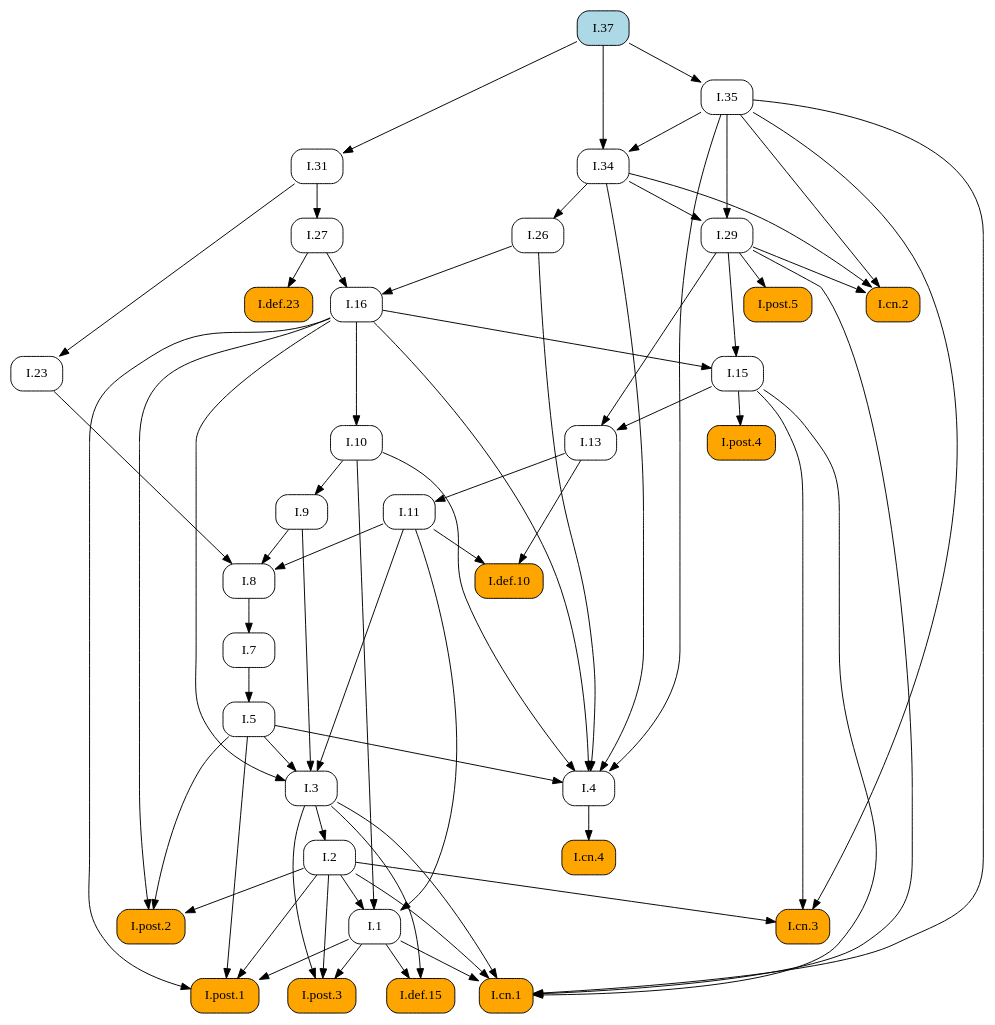
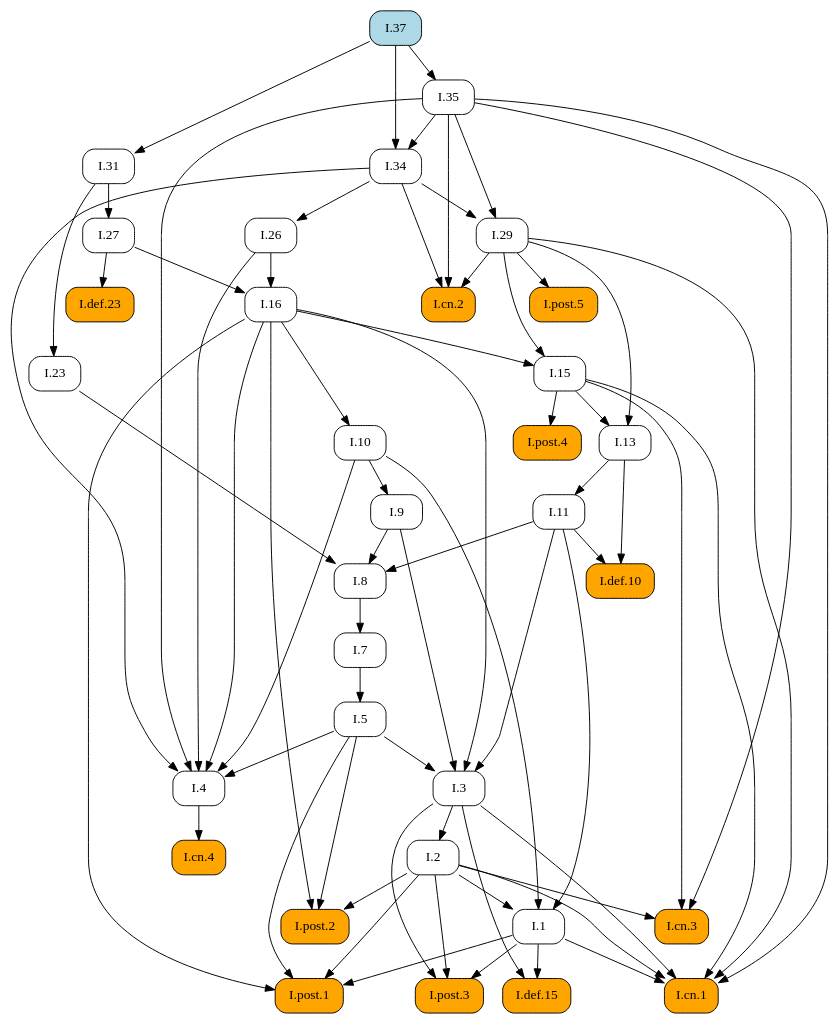
One commit to geometor/elements changed the diagram in docsrc/heath/I/37/index.rst. Above: the diagram before and after it, drawn with Graphviz. The commit also changed other lines of this file and 1029 other files, not shown here.

```diff
--- a/docsrc/heath/I/37/index.rst
+++ b/docsrc/heath/I/37/index.rst
@@ -61,104 +61,104 @@
    digraph {
      rankdir="TB";
      node [shape=box, style=rounded];
+     "I.def.10" [style="rounded,filled", fillcolor=orange, URL="/heath/I/def.10/", target="_top"];
+     "I.11" [URL="/heath/I/11/", target="_top"];
+     "I.post.4" [style="rounded,filled", fillcolor=orange, URL="/heath/I/post.4/", target="_top"];
+     "I.1" [URL="/heath/I/1/", target="_top"];
+     "I.26" [URL="/heath/I/26/", target="_top"];
+     "I.29" [URL="/heath/I/29/", target="_top"];
+     "I.cn.2" [style="rounded,filled", fillcolor=orange, URL="/heath/I/cn.2/", target="_top"];
+     "I.def.15" [style="rounded,filled", fillcolor=orange, URL="/heath/I/def.15/", target="_top"];
+     "I.post.3" [style="rounded,filled", fillcolor=orange, URL="/heath/I/post.3/", target="_top"];
+     "I.cn.1" [style="rounded,filled", fillcolor=orange, URL="/heath/I/cn.1/", target="_top"];
      "I.cn.3" [style="rounded,filled", fillcolor=orange, URL="/heath/I/cn.3/", target="_top"];
-     "I.29" [URL="/heath/I/29/", target="_top"];
+     "I.23" [URL="/heath/I/23/", target="_top"];
+     "I.post.1" [style="rounded,filled", fillcolor=orange, URL="/heath/I/post.1/", target="_top"];
+     "I.35" [URL="/heath/I/35/", target="_top"];
+     "I.27" [URL="/heath/I/27/", target="_top"];
      "I.7" [URL="/heath/I/7/", target="_top"];
-     "I.27" [URL="/heath/I/27/", target="_top"];
+     "I.34" [URL="/heath/I/34/", target="_top"];
+     "I.3" [URL="/heath/I/3/", target="_top"];
+     "I.37" [style="rounded,filled", fillcolor=lightblue, URL="/heath/I/37/", target="_top"];
+     "I.2" [URL="/heath/I/2/", target="_top"];
+     "I.4" [URL="/heath/I/4/", target="_top"];
      "I.def.23" [style="rounded,filled", fillcolor=orange, URL="/heath/I/def.23/", target="_top"];
-     "I.34" [URL="/heath/I/34/", target="_top"];
+     "I.13" [URL="/heath/I/13/", target="_top"];
+     "I.31" [URL="/heath/I/31/", target="_top"];
+     "I.post.2" [style="rounded,filled", fillcolor=orange, URL="/heath/I/post.2/", target="_top"];
+     "I.16" [URL="/heath/I/16/", target="_top"];
+     "I.9" [URL="/heath/I/9/", target="_top"];
      "I.8" [URL="/heath/I/8/", target="_top"];
-     "I.9" [URL="/heath/I/9/", target="_top"];
-     "I.post.4" [style="rounded,filled", fillcolor=orange, URL="/heath/I/post.4/", target="_top"];
-     "I.2" [URL="/heath/I/2/", target="_top"];
-     "I.def.15" [style="rounded,filled", fillcolor=orange, URL="/heath/I/def.15/", target="_top"];
-     "I.1" [URL="/heath/I/1/", target="_top"];
-     "I.post.1" [style="rounded,filled", fillcolor=orange, URL="/heath/I/post.1/", target="_top"];
      "I.cn.4" [style="rounded,filled", fillcolor=orange, URL="/heath/I/cn.4/", target="_top"];
-     "I.26" [URL="/heath/I/26/", target="_top"];
-     "I.23" [URL="/heath/I/23/", target="_top"];
-     "I.13" [URL="/heath/I/13/", target="_top"];
-     "I.cn.2" [style="rounded,filled", fillcolor=orange, URL="/heath/I/cn.2/", target="_top"];
+     "I.15" [URL="/heath/I/15/", target="_top"];
+     "I.post.5" [style="rounded,filled", fillcolor=orange, URL="/heath/I/post.5/", target="_top"];
+     "I.10" [URL="/heath/I/10/", target="_top"];
      "I.5" [URL="/heath/I/5/", target="_top"];
-     "I.11" [URL="/heath/I/11/", target="_top"];
-     "I.10" [URL="/heath/I/10/", target="_top"];
-     "I.4" [URL="/heath/I/4/", target="_top"];
-     "I.3" [URL="/heath/I/3/", target="_top"];
-     "I.16" [URL="/heath/I/16/", target="_top"];
-     "I.31" [URL="/heath/I/31/", target="_top"];
-     "I.def.10" [style="rounded,filled", fillcolor=orange, URL="/heath/I/def.10/", target="_top"];
-     "I.post.2" [style="rounded,filled", fillcolor=orange, URL="/heath/I/post.2/", target="_top"];
-     "I.post.3" [style="rounded,filled", fillcolor=orange, URL="/heath/I/post.3/", target="_top"];
-     "I.post.5" [style="rounded,filled", fillcolor=orange, URL="/heath/I/post.5/", target="_top"];
-     "I.35" [URL="/heath/I/35/", target="_top"];
-     "I.15" [URL="/heath/I/15/", target="_top"];
-     "I.cn.1" [style="rounded,filled", fillcolor=orange, URL="/heath/I/cn.1/", target="_top"];
-     "I.37" [style="rounded,filled", fillcolor=lightblue, URL="/heath/I/37/", target="_top"];
+     "I.11" -> "I.def.10";
+     "I.13" -> "I.def.10";
+     "I.13" -> "I.11";
+     "I.15" -> "I.post.4";
+     "I.2" -> "I.1";
+     "I.10" -> "I.1";
+     "I.11" -> "I.1";
+     "I.34" -> "I.26";
+     "I.34" -> "I.29";
+     "I.35" -> "I.29";
+     "I.29" -> "I.cn.2";
+     "I.34" -> "I.cn.2";
+     "I.35" -> "I.cn.2";
+     "I.1" -> "I.def.15";
+     "I.3" -> "I.def.15";
+     "I.1" -> "I.post.3";
+     "I.2" -> "I.post.3";
+     "I.3" -> "I.post.3";
+     "I.1" -> "I.cn.1";
+     "I.2" -> "I.cn.1";
+     "I.3" -> "I.cn.1";
+     "I.15" -> "I.cn.1";
+     "I.29" -> "I.cn.1";
+     "I.35" -> "I.cn.1";
      "I.2" -> "I.cn.3";
      "I.15" -> "I.cn.3";
      "I.35" -> "I.cn.3";
-     "I.34" -> "I.29";
-     "I.35" -> "I.29";
-     "I.8" -> "I.7";
-     "I.31" -> "I.27";
-     "I.27" -> "I.def.23";
-     "I.35" -> "I.34";
-     "I.37" -> "I.34";
-     "I.9" -> "I.8";
-     "I.11" -> "I.8";
-     "I.23" -> "I.8";
-     "I.10" -> "I.9";
-     "I.15" -> "I.post.4";
-     "I.3" -> "I.2";
-     "I.1" -> "I.def.15";
-     "I.3" -> "I.def.15";
-     "I.2" -> "I.1";
-     "I.10" -> "I.1";
-     "I.11" -> "I.1";
+     "I.31" -> "I.23";
      "I.1" -> "I.post.1";
      "I.2" -> "I.post.1";
      "I.5" -> "I.post.1";
      "I.16" -> "I.post.1";
-     "I.4" -> "I.cn.4";
-     "I.34" -> "I.26";
-     "I.31" -> "I.23";
-     "I.15" -> "I.13";
-     "I.29" -> "I.13";
-     "I.29" -> "I.cn.2";
-     "I.34" -> "I.cn.2";
-     "I.35" -> "I.cn.2";
-     "I.7" -> "I.5";
-     "I.13" -> "I.11";
-     "I.16" -> "I.10";
+     "I.37" -> "I.35";
+     "I.31" -> "I.27";
+     "I.8" -> "I.7";
+     "I.35" -> "I.34";
+     "I.37" -> "I.34";
+     "I.5" -> "I.3";
+     "I.9" -> "I.3";
+     "I.11" -> "I.3";
+     "I.16" -> "I.3";
+     "I.3" -> "I.2";
      "I.5" -> "I.4";
      "I.10" -> "I.4";
      "I.16" -> "I.4";
      "I.26" -> "I.4";
      "I.34" -> "I.4";
      "I.35" -> "I.4";
-     "I.5" -> "I.3";
-     "I.9" -> "I.3";
-     "I.11" -> "I.3";
-     "I.16" -> "I.3";
-     "I.26" -> "I.16";
-     "I.27" -> "I.16";
+     "I.27" -> "I.def.23";
+     "I.15" -> "I.13";
+     "I.29" -> "I.13";
      "I.37" -> "I.31";
-     "I.11" -> "I.def.10";
-     "I.13" -> "I.def.10";
      "I.2" -> "I.post.2";
      "I.5" -> "I.post.2";
      "I.16" -> "I.post.2";
-     "I.1" -> "I.post.3";
-     "I.2" -> "I.post.3";
-     "I.3" -> "I.post.3";
-     "I.29" -> "I.post.5";
-     "I.37" -> "I.35";
+     "I.26" -> "I.16";
+     "I.27" -> "I.16";
+     "I.10" -> "I.9";
+     "I.9" -> "I.8";
+     "I.11" -> "I.8";
+     "I.23" -> "I.8";
+     "I.4" -> "I.cn.4";
      "I.16" -> "I.15";
      "I.29" -> "I.15";
-     "I.1" -> "I.cn.1";
-     "I.2" -> "I.cn.1";
-     "I.3" -> "I.cn.1";
-     "I.15" -> "I.cn.1";
-     "I.29" -> "I.cn.1";
-     "I.35" -> "I.cn.1";
+     "I.29" -> "I.post.5";
+     "I.16" -> "I.10";
+     "I.7" -> "I.5";
    }
```
